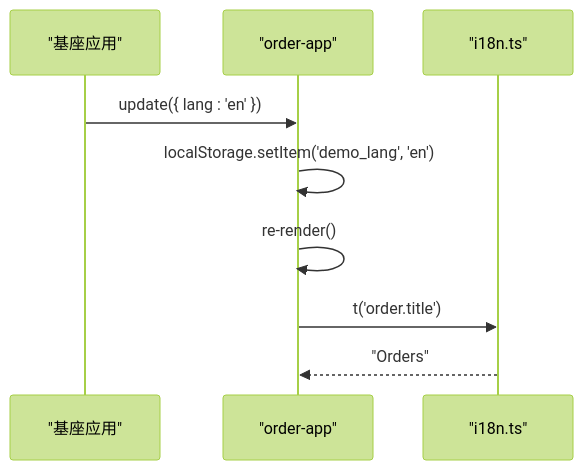
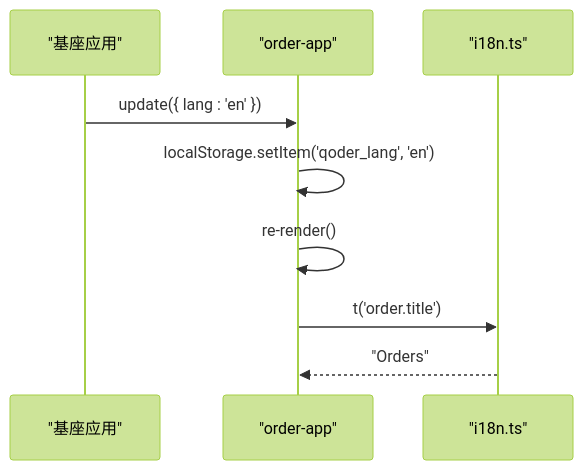
Before and after one commit to haohailiang/qoder-fullstack: the seventh of 8 diagrams in .qoder/repowiki/zh/content/前端架构设计/订单子应用(order-app).md, drawn with Mermaid (forest theme). The commit also changed other lines of this file and 45 other files, not shown here.

````diff
--- a/.qoder/repowiki/zh/content/前端架构设计/订单子应用(order-app).md
+++ b/.qoder/repowiki/zh/content/前端架构设计/订单子应用(order-app).md
@@ -343,11 +343,11 @@
 ```mermaid
 sequenceDiagram
 participant Base as "基座应用"
 participant Order as "order-app"
 participant I18n as "i18n.ts"
 Base->>Order : update({ lang : 'en' })
-Order->>Order : localStorage.setItem('demo_lang', 'en')
+Order->>Order : localStorage.setItem('qoder_lang', 'en')
 Order->>Order : re-render()
 Order->>I18n : t('order.title')
 I18n-->>Order : "Orders"
 ```
````
